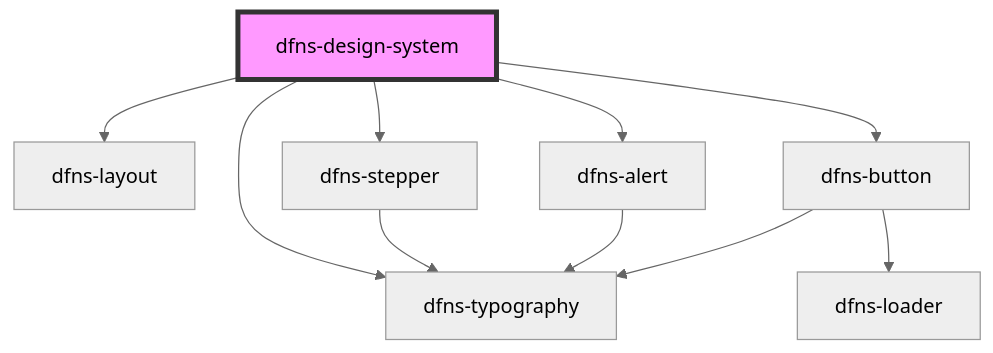
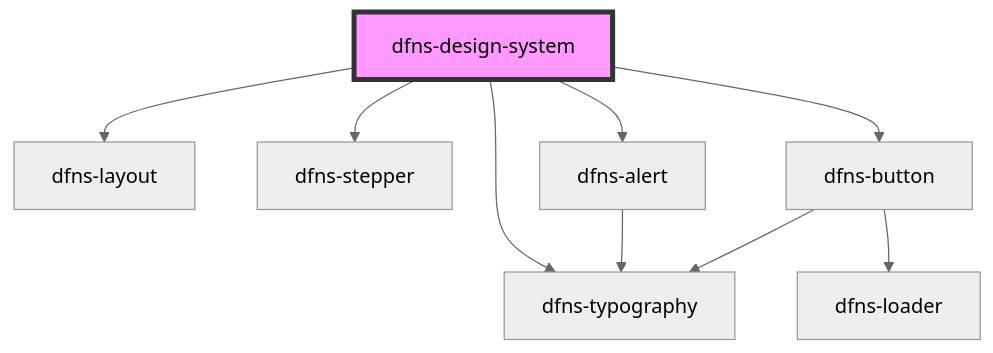
Before and after one commit to dfnsext/web-ui: the diagram in src/components/dfns-design-system/readme.md, drawn with Mermaid (neutral theme). The commit also changed 6 other files, not shown here.

````diff
--- a/src/components/dfns-design-system/readme.md
+++ b/src/components/dfns-design-system/readme.md
@@ -19,13 +19,12 @@
 ```mermaid
 graph TD;
   dfns-design-system --> dfns-layout
   dfns-design-system --> dfns-typography
   dfns-design-system --> dfns-stepper
   dfns-design-system --> dfns-alert
   dfns-design-system --> dfns-button
-  dfns-stepper --> dfns-typography
   dfns-alert --> dfns-typography
   dfns-button --> dfns-typography
   dfns-button --> dfns-loader
   style dfns-design-system fill:#f9f,stroke:#333,stroke-width:4px
 ```
````
